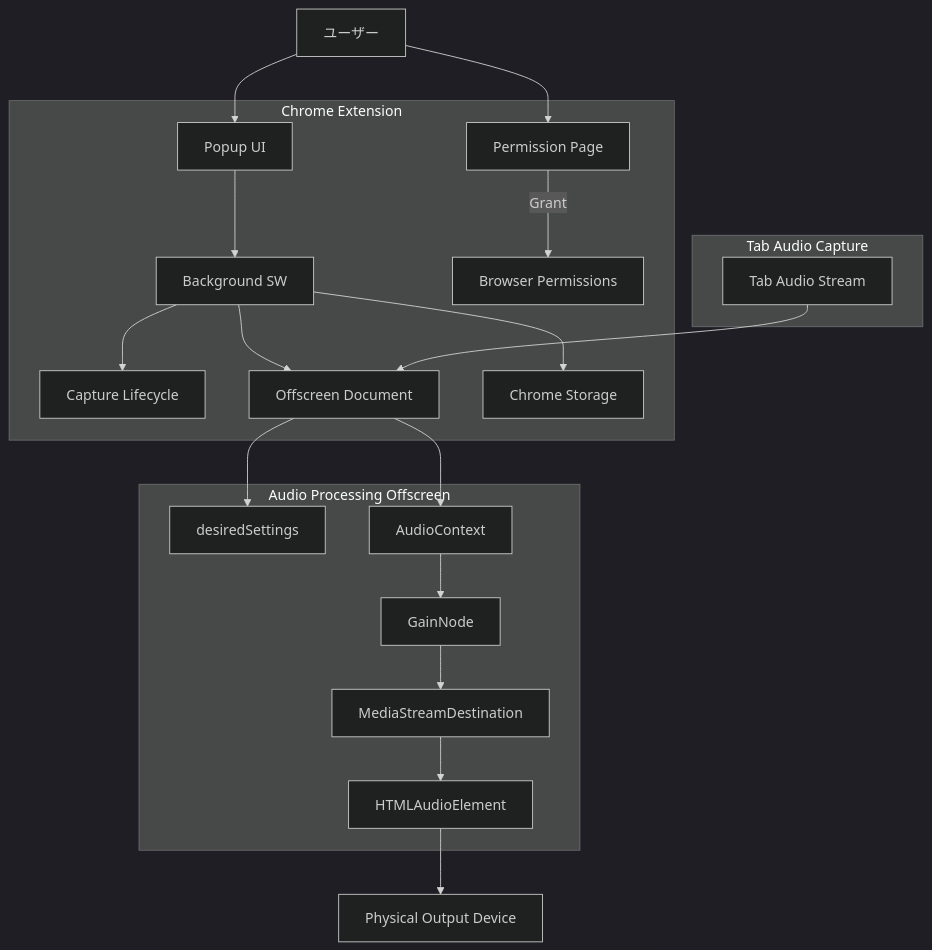
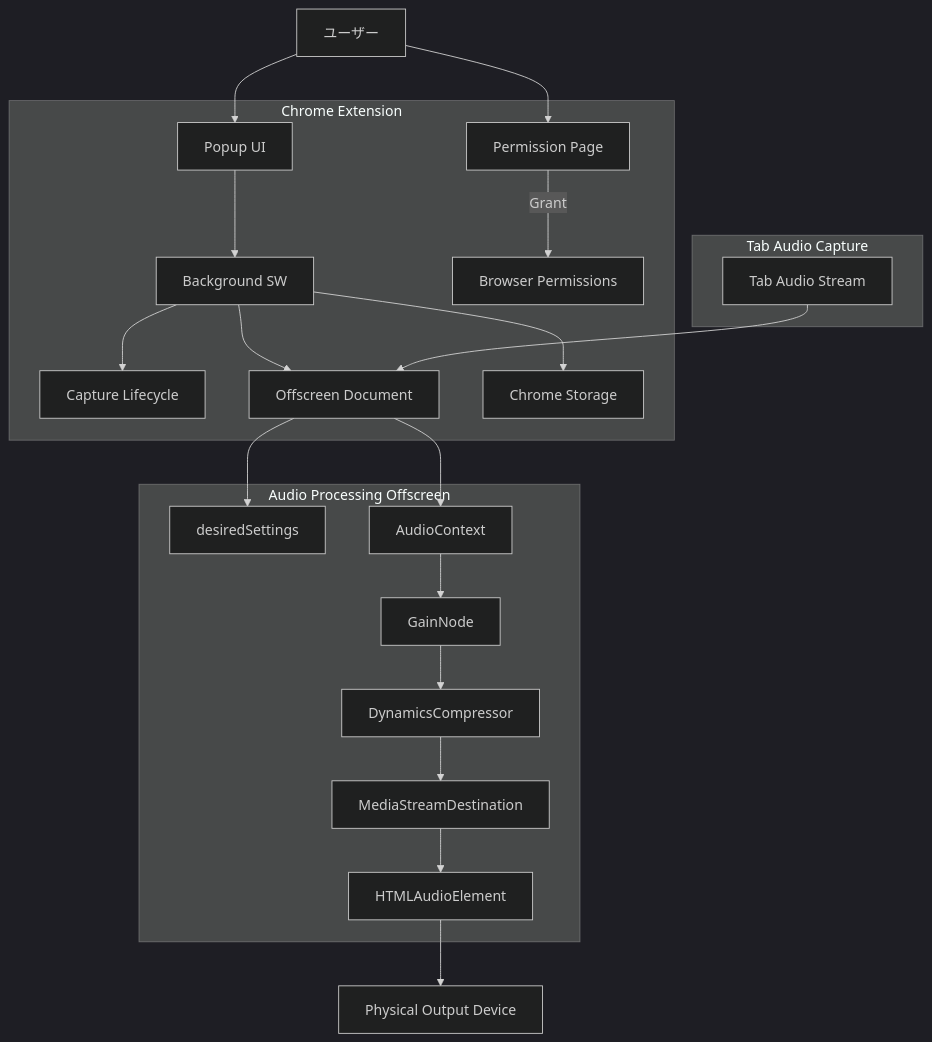
One commit to colorfulclover/tab-output-audio-selector changed the diagram in docs/basic_design.md. Above: the diagram before and after it, drawn with Mermaid (dark theme). The commit also changed other lines of this file and 19 other files, not shown here.

````diff
--- a/docs/basic_design.md
+++ b/docs/basic_design.md
@@ -7,27 +7,28 @@
 ```mermaid
 graph TD
     User[ユーザー] --> Popup[Popup UI]
     User --> PermissionPage[Permission Page]
     
     subgraph Chrome Extension
         Popup --> Background[Background SW]
         Background --> Lifecycle[Capture Lifecycle]
         Background --> Offscreen[Offscreen Document]
         Background --> Storage[Chrome Storage]
         PermissionPage -- Grant --> Browser[Browser Permissions]
     end
     
     subgraph Tab Audio Capture
         TabAudio[Tab Audio Stream] --> Offscreen
     end
     
     subgraph AudioProcessing [Audio Processing Offscreen]
         Offscreen --> Desired[desiredSettings]
         Offscreen --> AudioCtx[AudioContext]
         AudioCtx --> Gain[GainNode]
-        Gain --> Dest[MediaStreamDestination]
+        Gain --> Comp[DynamicsCompressor]
+        Comp --> Dest[MediaStreamDestination]
         Dest --> AudioEl[HTMLAudioElement]
     end
     
     AudioEl --> OutputDevice[Physical Output Device]
 ```
````
